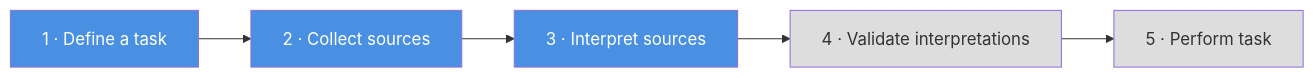
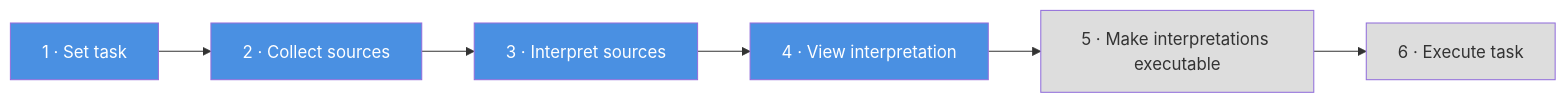
Before and after one commit to sgort/iou-architectuur: the diagram in docs/en/norm-editor/features/overview.md, drawn with Mermaid. The commit also changed other lines of this file and 33 other files, not shown here.

````diff
--- a/docs/en/norm-editor/features/overview.md
+++ b/docs/en/norm-editor/features/overview.md
@@ -28,13 +32,15 @@
 ```mermaid
 graph LR
-    S1[1 · Define a task] --> S2[2 · Collect sources]
+    S1[1 · Set task] --> S2[2 · Collect sources]
     S2 --> S3[3 · Interpret sources]
-    S3 --> S4[4 · Validate interpretations]
-    S4 --> S5[5 · Perform task]
+    S3 --> S4[4 · View interpretation]
+    S4 --> S5[5 · Make interpretations executable]
+    S5 --> S6[6 · Execute task]
 
     style S1 fill:#4a90e2,color:#fff
     style S2 fill:#4a90e2,color:#fff
     style S3 fill:#4a90e2,color:#fff
-    style S4 fill:#dddddd
+    style S4 fill:#4a90e2,color:#fff
     style S5 fill:#dddddd
+    style S6 fill:#dddddd
 ```
````
